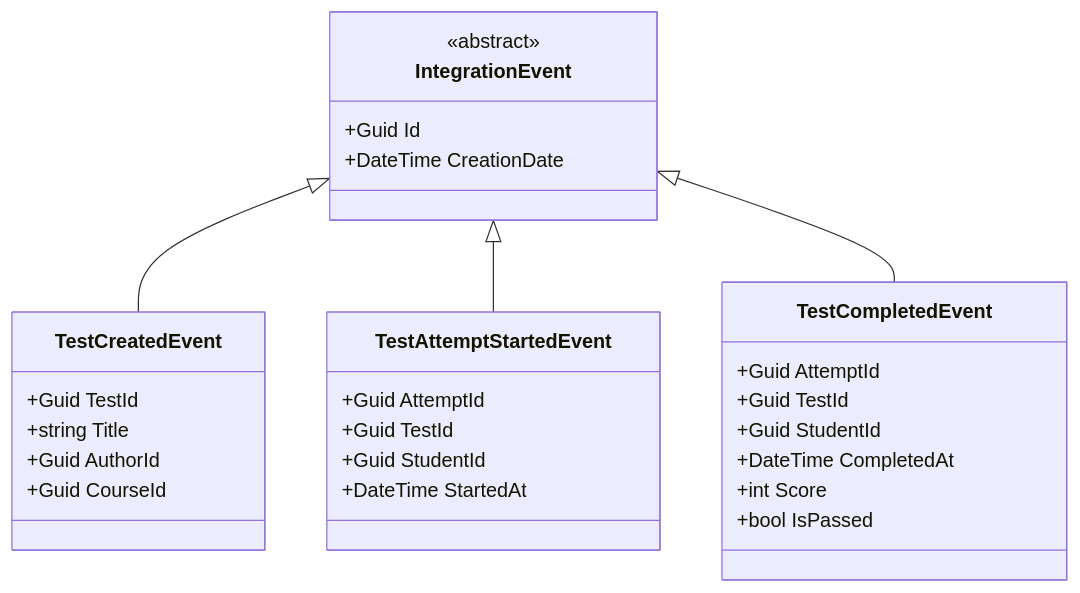
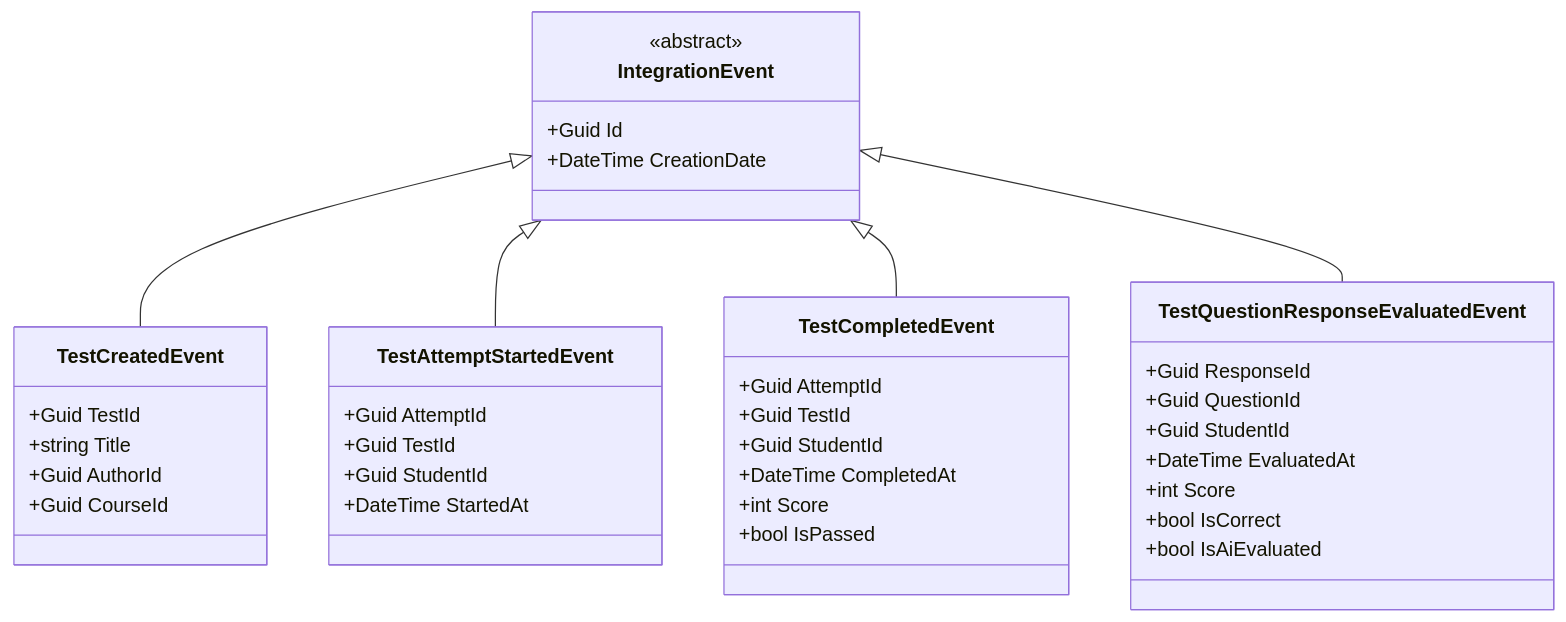
Before and after one commit to romzes200677/claude37: the sixth of 9 diagrams in docs/microservices_interaction.md, drawn with Mermaid. The commit also changed other lines of this file and 154 other files, not shown here.

````diff
--- a/docs/microservices_interaction.md
+++ b/docs/microservices_interaction.md
@@ -193,35 +199,46 @@
 ```mermaid
 classDiagram
     class IntegrationEvent {
         <<abstract>>
         +Guid Id
         +DateTime CreationDate
     }
     
     class TestCreatedEvent {
         +Guid TestId
         +string Title
         +Guid AuthorId
         +Guid CourseId
     }
     
     class TestAttemptStartedEvent {
         +Guid AttemptId
         +Guid TestId
         +Guid StudentId
         +DateTime StartedAt
     }
     
     class TestCompletedEvent {
         +Guid AttemptId
         +Guid TestId
         +Guid StudentId
         +DateTime CompletedAt
         +int Score
         +bool IsPassed
     }
     
+    class TestQuestionResponseEvaluatedEvent {
+        +Guid ResponseId
+        +Guid QuestionId
+        +Guid StudentId
+        +DateTime EvaluatedAt
+        +int Score
+        +bool IsCorrect
+        +bool IsAiEvaluated
+    }
+    
     IntegrationEvent <|-- TestCreatedEvent
     IntegrationEvent <|-- TestAttemptStartedEvent
     IntegrationEvent <|-- TestCompletedEvent
+    IntegrationEvent <|-- TestQuestionResponseEvaluatedEvent
 ```
````
